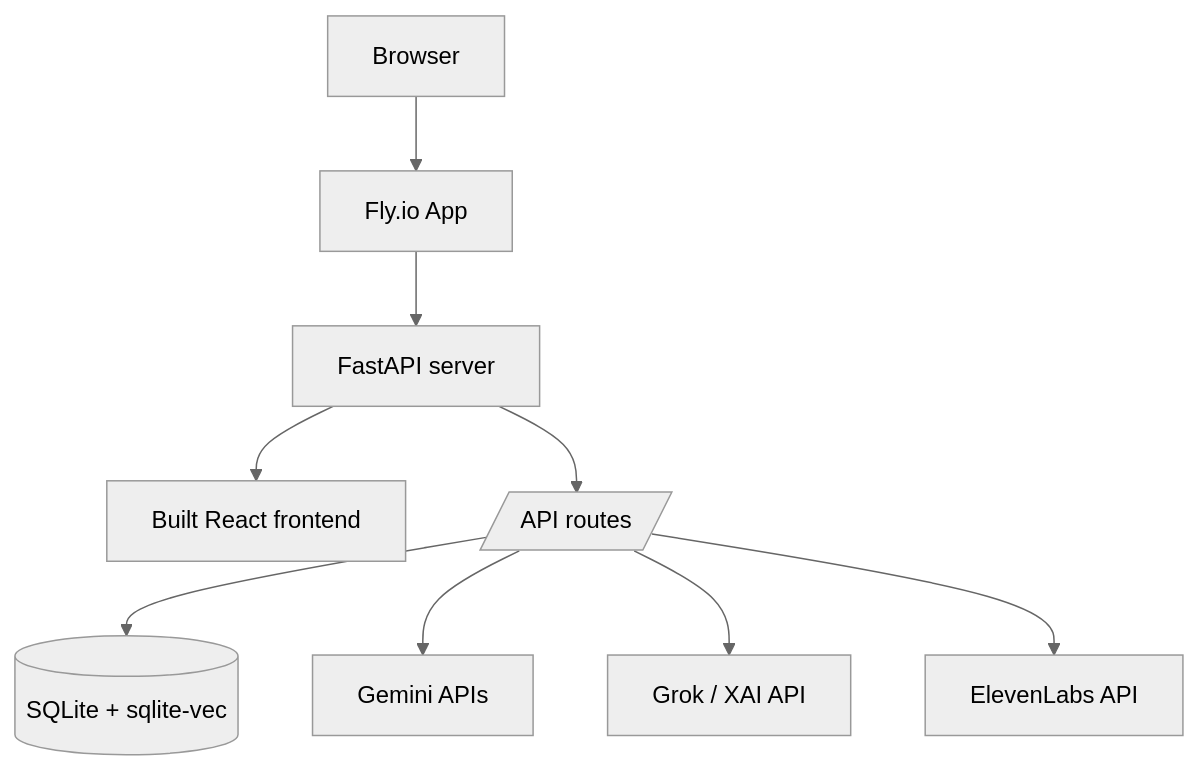
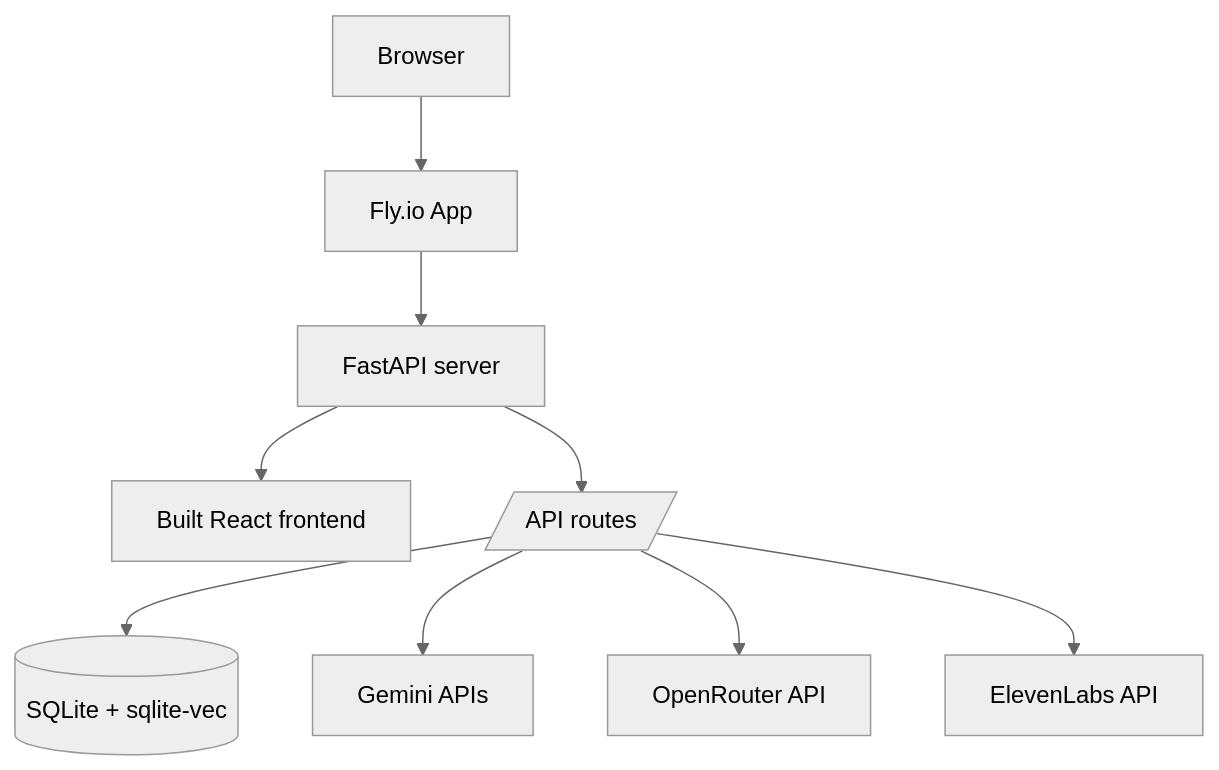
Before and after one commit to MrFunnything99/Open-Journal: the third of 3 diagrams in README.md, drawn with Mermaid (neutral theme). The commit also changed other lines of this file and 21 other files, not shown here.

````diff
--- a/README.md
+++ b/README.md
@@ -274,11 +268,11 @@
 ```mermaid
 flowchart TD
     Browser --> Fly[Fly.io App]
     Fly --> FastAPI[FastAPI server]
     FastAPI --> Static[Built React frontend]
     FastAPI --> Routes[/API routes/]
     Routes --> SQLite[(SQLite + sqlite-vec)]
     Routes --> Gemini[Gemini APIs]
-    Routes --> Grok[Grok / XAI API]
+    Routes --> OpenRouter[OpenRouter API]
     Routes --> ElevenLabs[ElevenLabs API]
 ```
````
